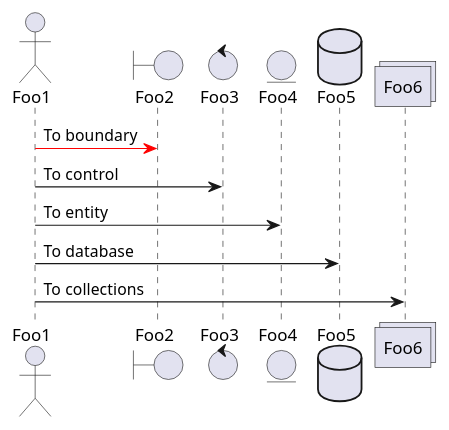
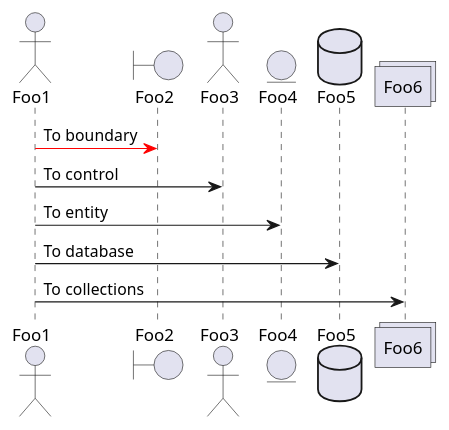
The diagram in 5.puml (mykolenkomitya/uml), drawn with PlantUML before and after one commit. The commit also changed 5 other files, not shown here.

```diff
--- a/5.puml
+++ b/5.puml
@@ -1,13 +1,14 @@
 @startuml
 actor Foo1
+actor Foo3
 boundary Foo2
 control Foo3
 entity Foo4
 database Foo5
 collections Foo6
 Foo1 -[#red]> Foo2 : To boundary
 Foo1 -> Foo3 : To control
 Foo1 -> Foo4 : To entity
 Foo1 -> Foo5 : To database
 Foo1 -> Foo6 : To collections
 @enduml
```
